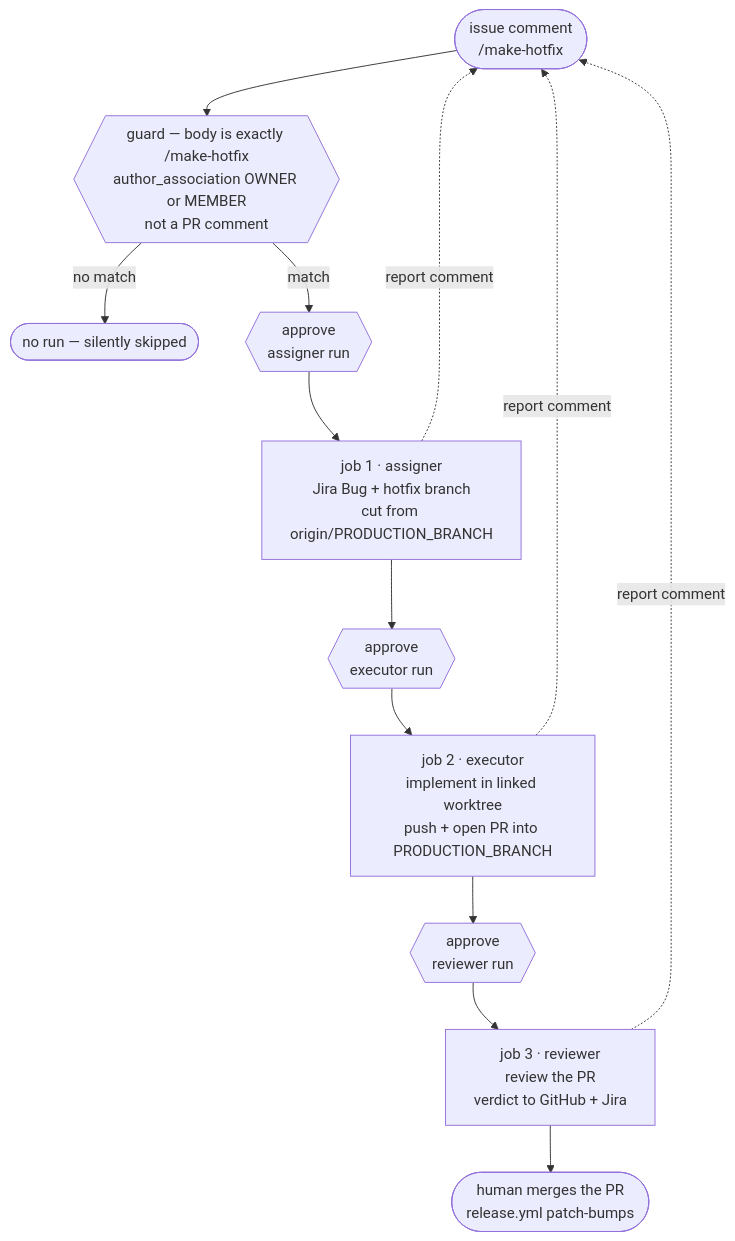
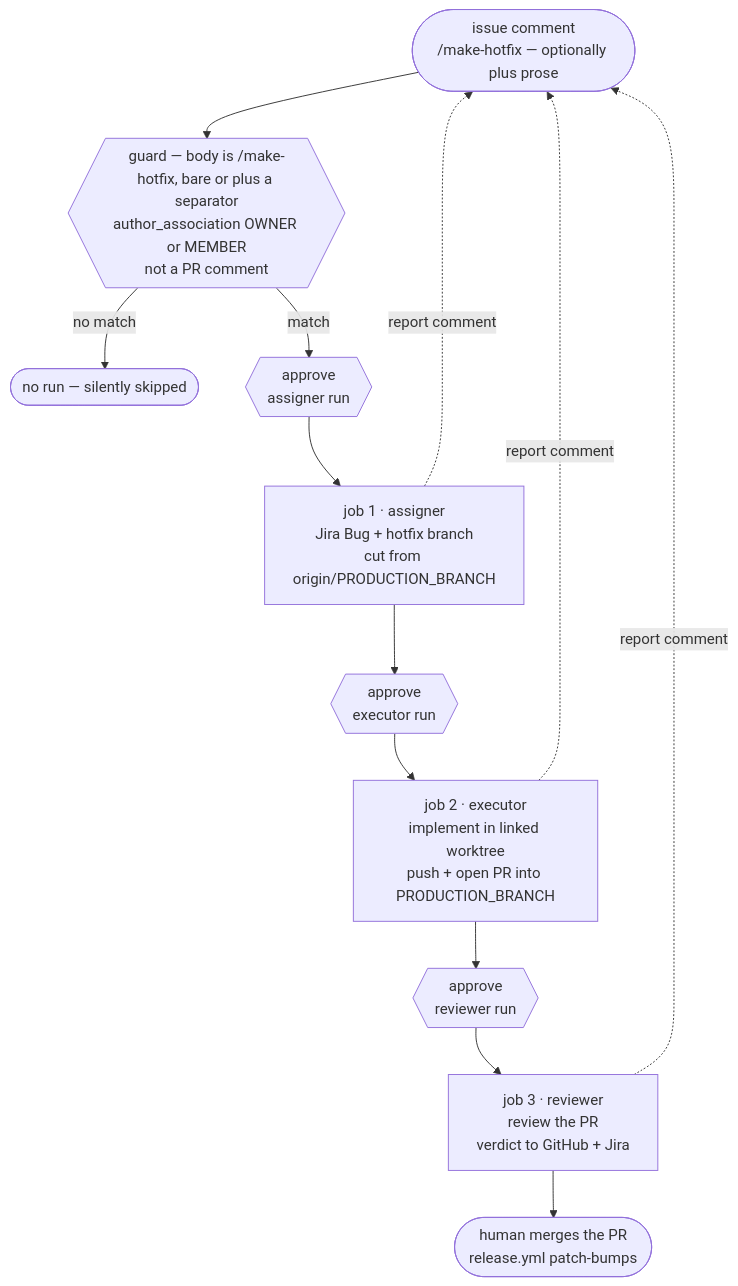
One commit to kantorv/jira-sdlc-tools changed the diagram in plugins/jira-sdlc/docs/applications/ci-hotfix-flow-demo.md. Above: the diagram before and after it, drawn with Mermaid. The commit also changed other lines of this file and 8 other files, not shown here.

First line of the commit message:
JST-212 demo workflows: accept prose after the trigger comment and pass it to the skill

````diff
--- a/plugins/jira-sdlc/docs/applications/ci-hotfix-flow-demo.md
+++ b/plugins/jira-sdlc/docs/applications/ci-hotfix-flow-demo.md
@@ -45,15 +45,15 @@
 ```mermaid
 flowchart TB
-    C([issue comment<br>/make-hotfix]) --> GA{{"guard — body is exactly /make-hotfix<br>author_association OWNER or MEMBER<br>not a PR comment"}}
+    C([issue comment<br>/make-hotfix — optionally plus prose]) --> GA{{"guard — body is /make-hotfix, bare or plus a separator<br>author_association OWNER or MEMBER<br>not a PR comment"}}
     GA -->|no match| X([no run — silently skipped])
     GA -->|match| G1{{"approve<br>assigner run"}}
     G1 --> J1["job 1 · assigner<br>Jira Bug + hotfix branch<br>cut from origin/PRODUCTION_BRANCH"]
     J1 --> G2{{"approve<br>executor run"}}
     G2 --> J2["job 2 · executor<br>implement in linked worktree<br>push + open PR into PRODUCTION_BRANCH"]
     J2 --> G3{{"approve<br>reviewer run"}}
     G3 --> J3["job 3 · reviewer<br>review the PR<br>verdict to GitHub + Jira"]
     J3 --> H([human merges the PR<br>release.yml patch-bumps])
     J1 -.->|report comment| C
     J2 -.->|report comment| C
     J3 -.->|report comment| C
 ```
````
